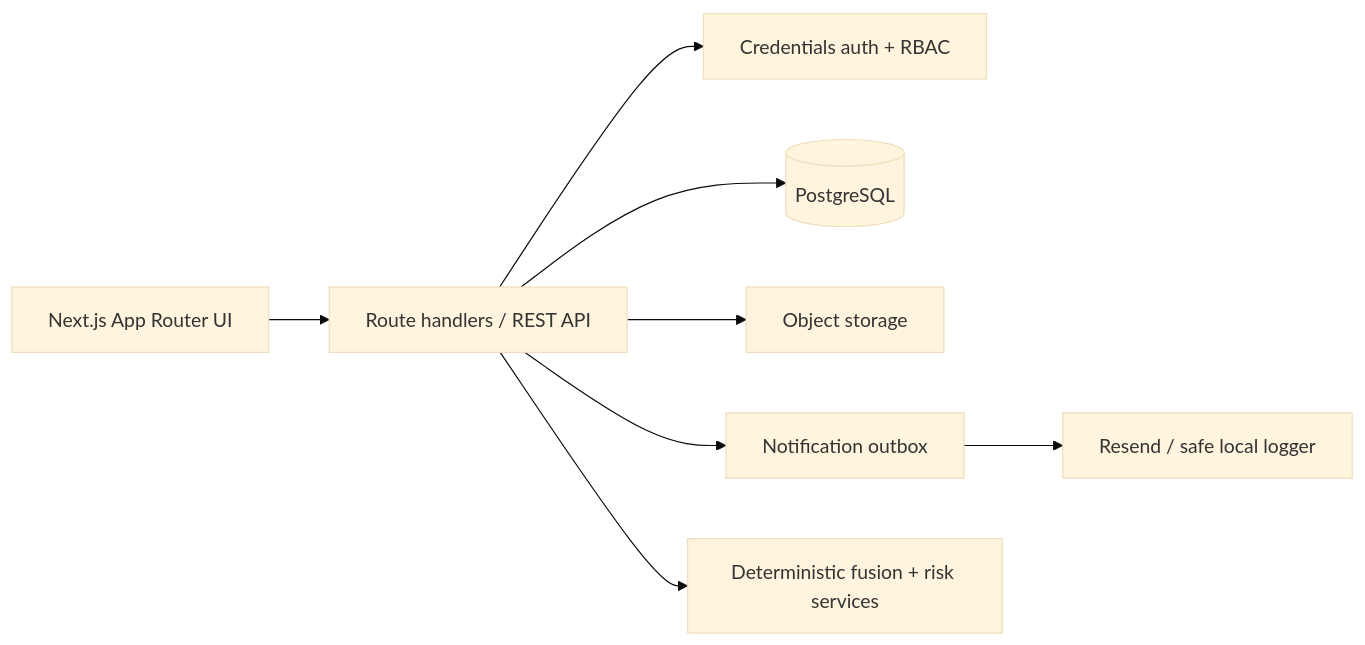
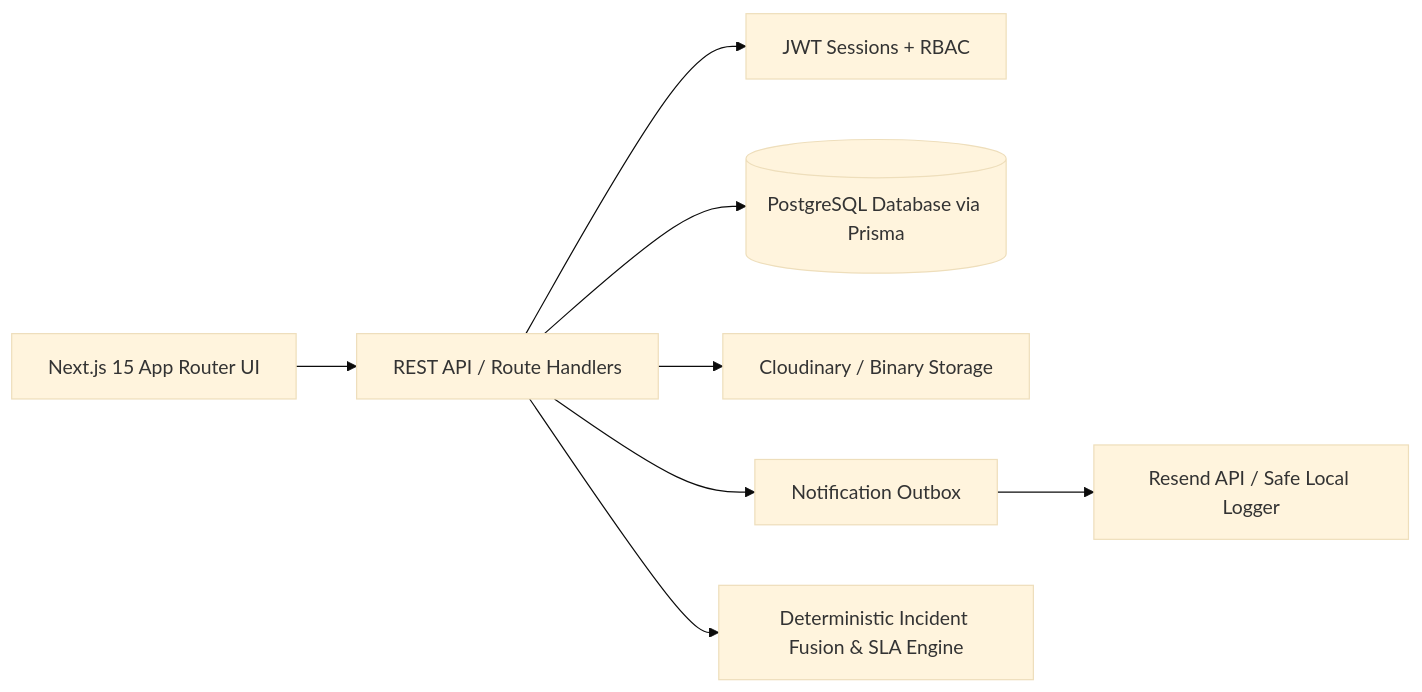
The first of 3 diagrams in README.md (shubhamsen005/SocietyMaintenanceTracker), drawn with Mermaid (base theme) before and after one commit. The commit also changed other lines of this file, not shown here.

Commit message:
Update README with detailed architecture, flowcharts, API endpoints, and live hosted link

````diff
--- a/README.md
+++ b/README.md
@@ -25,10 +56,10 @@
 ```mermaid
 flowchart LR
-  UI[Next.js App Router UI] --> API[Route handlers / REST API]
-  API --> Auth[Credentials auth + RBAC]
-  API --> DB[(PostgreSQL)]
-  API --> Files[Object storage]
-  API --> Outbox[Notification outbox]
-  Outbox --> Email[Resend / safe local logger]
-  API --> Intelligence[Deterministic fusion + risk services]
+  UI[Next.js 15 App Router UI] --> API[REST API / Route Handlers]
+  API --> Auth[JWT Sessions + RBAC]
+  API --> DB[(PostgreSQL Database via Prisma)]
+  API --> Storage[Cloudinary / Binary Storage]
+  API --> Outbox[Notification Outbox]
+  Outbox --> Email[Resend API / Safe Local Logger]
+  API --> Intelligence[Deterministic Incident Fusion & SLA Engine]
 ```
````
